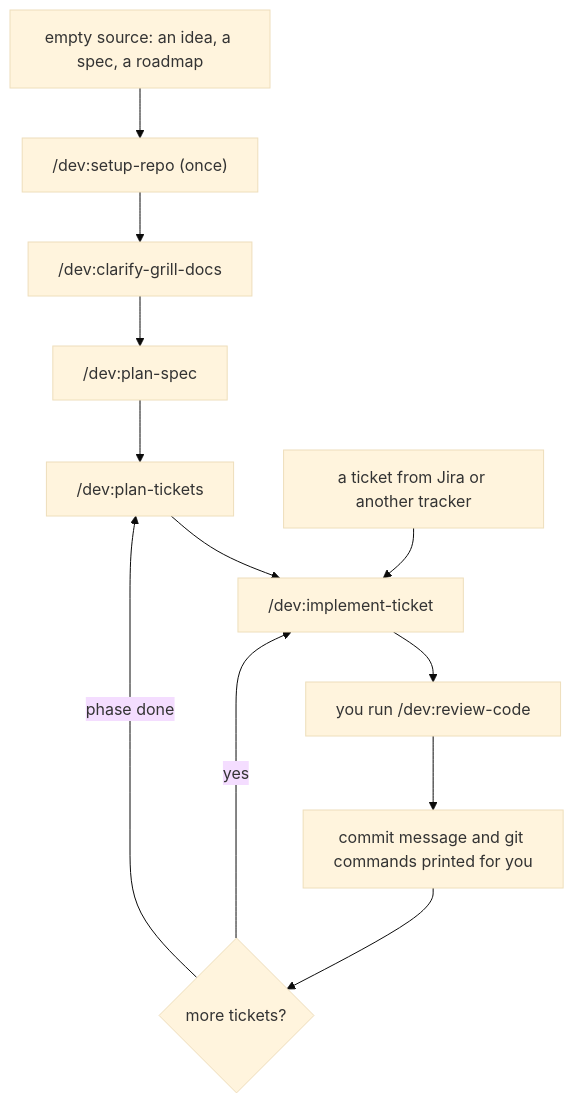
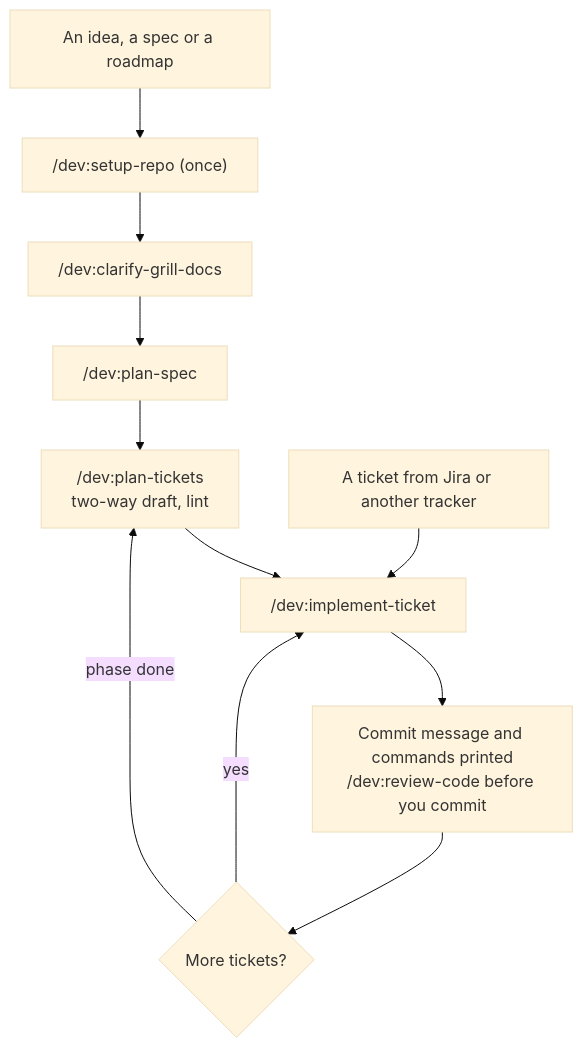
The diagram in README.md (nhhthong/skills), drawn with Mermaid (base theme) before and after one commit. The commit also changed other lines of this file and 2 other files, not shown here.

````diff
--- a/README.md
+++ b/README.md
@@ -26,14 +49,13 @@
 ```mermaid
 flowchart TD
-    A["empty source: an idea, a spec, a roadmap"] --> S["/dev:setup-repo (once)"]
+    A["An idea, a spec or a roadmap"] --> S["/dev:setup-repo (once)"]
     S --> G["/dev:clarify-grill-docs"]
     G --> P["/dev:plan-spec"]
-    P --> T["/dev:plan-tickets"]
+    P --> T["/dev:plan-tickets<br/>two-way draft, lint"]
     T --> W["/dev:implement-ticket"]
-    J["a ticket from Jira or another tracker"] --> W
-    W --> R["you run /dev:review-code"]
-    R --> D["commit message and git commands printed for you"]
-    D --> N{"more tickets?"}
+    J["A ticket from Jira or another tracker"] --> W
+    W --> D["Commit message and commands printed<br/>/dev:review-code before you commit"]
+    D --> N{"More tickets?"}
     N -- yes --> W
     N -- "phase done" --> T
 ```
````
